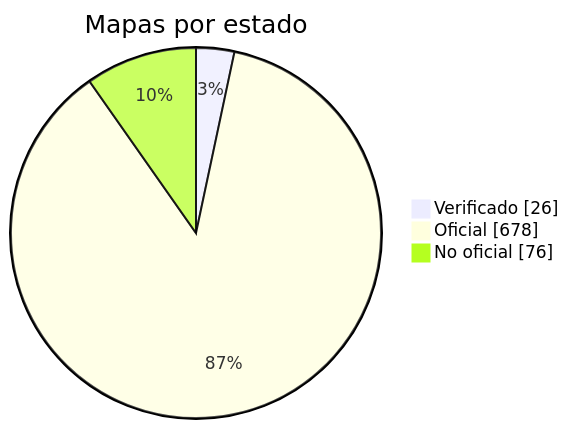
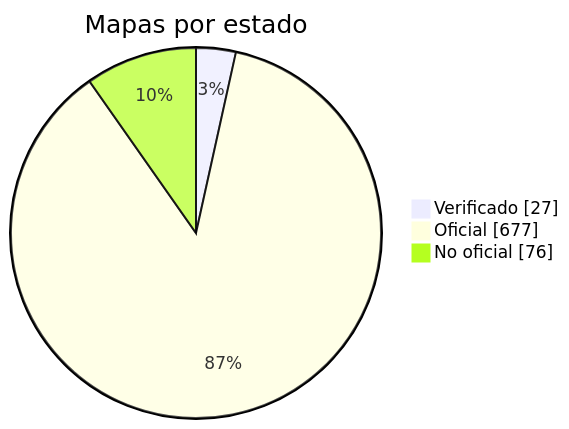
Before and after one commit to nobrega8/mbmap-library: the diagram in docs/readme/README_ES.md, drawn with Mermaid. The commit also changed 7 other files, not shown here.

````diff
--- a/docs/readme/README_ES.md
+++ b/docs/readme/README_ES.md
@@ -54,7 +54,7 @@
 ```mermaid
 pie showData
     title Mapas por estado
-    "Verificado" : 26
-    "Oficial" : 678
+    "Verificado" : 27
+    "Oficial" : 677
     "No oficial" : 76
 ```
````
